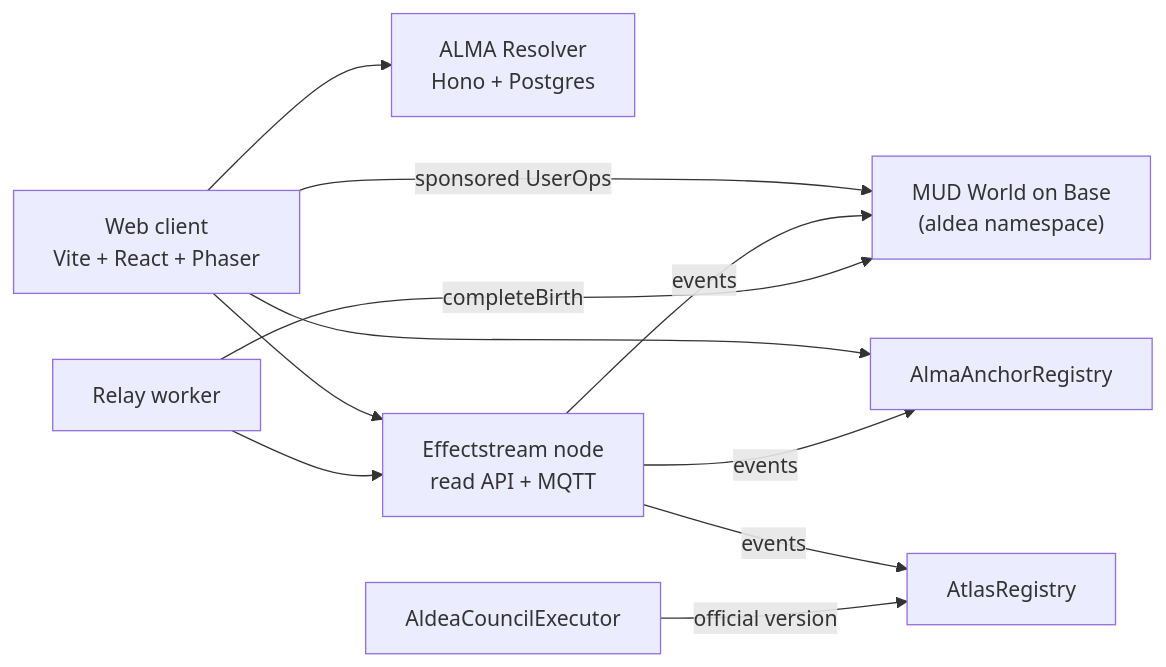
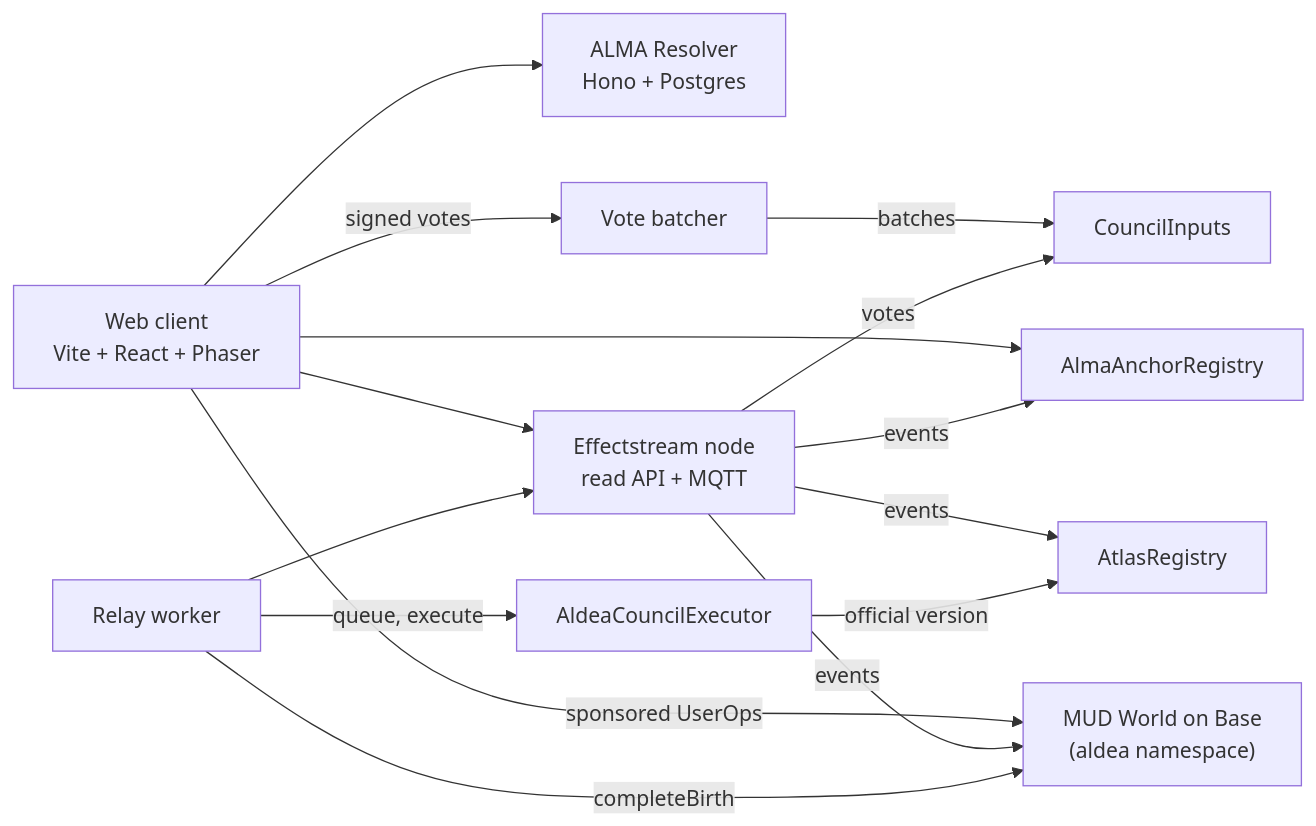
One commit to ALDEA-DAO/aldea-world changed the diagram in README.md. Above: the diagram before and after it, drawn with Mermaid. The commit also changed other lines of this file and 24 other files, not shown here.

First line of the commit message:
feat(client): TASK-073, 074 the Council, and Charter Signatories in the Soul Registry

````diff
--- a/README.md
+++ b/README.md
@@ -23,13 +23,17 @@
 ```mermaid
 flowchart LR
   Client["Web client<br/>Vite + React + Phaser"] -->|sponsored UserOps| World["MUD World on Base<br/>(aldea namespace)"]
   Client --> Alma["AlmaAnchorRegistry"]
   Client --> Resolver["ALMA Resolver<br/>Hono + Postgres"]
   Client --> ES["Effectstream node<br/>read API + MQTT"]
   ES -->|events| World
   ES -->|events| Alma
   ES -->|events| Atlas["AtlasRegistry"]
   Relay["Relay worker"] -->|completeBirth| World
   Relay --> ES
-  Council["AldeaCouncilExecutor"] -->|official version| Atlas
+  Client -->|signed votes| Batcher["Vote batcher"]
+  Batcher -->|batches| Inputs["CouncilInputs"]
+  ES -->|votes| Inputs
+  Relay -->|queue, execute| Council["AldeaCouncilExecutor"]
+  Council -->|official version| Atlas
 ```
````
